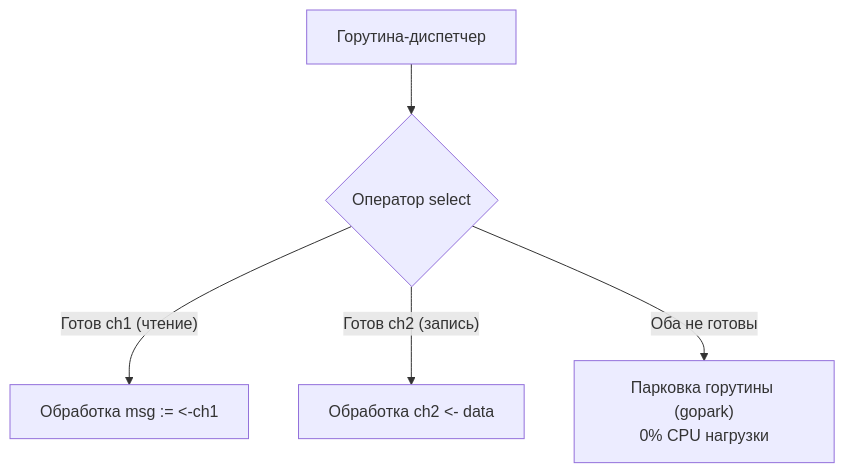
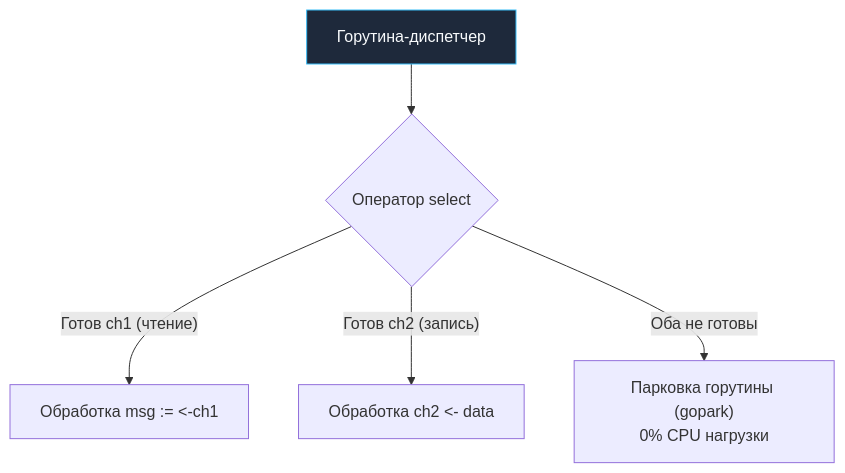
One commit to UnrealTemplier/go-textbook changed the first of 3 diagrams in sources/5. Учебник по Go (Основы и синтаксис)/38. Select. Ожидание нескольких каналов.md. Above: the diagram before and after it, drawn with Mermaid. The commit also changed other lines of this file and 1666 other files, not shown here.

First line of the commit message:
feat(mermaid): add semantic color classDef to 1369 colorless flowchart/graph diagrams

````diff
--- a/sources/5. Учебник по Go (Основы и синтаксис)/38. Select. Ожидание нескольких каналов.md
+++ b/sources/5. Учебник по Go (Основы и синтаксис)/38. Select. Ожидание нескольких каналов.md
@@ -27,7 +27,17 @@
 ```mermaid
 flowchart TD
-    G["Горутина-диспетчер"] --> S{"Оператор select"}
+    classDef process  fill:#1e293b,stroke:#38bdf8,stroke-width:1px,color:#f8fafc
+    classDef success  fill:#064e3b,stroke:#34d399,stroke-width:1px,color:#f8fafc
+    classDef error    fill:#7f1d1d,stroke:#f87171,stroke-width:1px,color:#f8fafc
+    classDef warning  fill:#78350f,stroke:#fbbf24,stroke-width:1px,color:#f8fafc
+    classDef entry    fill:#1e3a5f,stroke:#38bdf8,stroke-width:2px,color:#f8fafc
+    classDef aux      fill:#334155,stroke:#64748b,stroke-width:1px,color:#f8fafc
+    classDef system   fill:#312e81,stroke:#a78bfa,stroke-width:1px,color:#f8fafc
+    classDef data     fill:#132d29,stroke:#2dd4bf,stroke-width:1px,color:#f8fafc
+    classDef network  fill:#881337,stroke:#fb7185,stroke-width:1px,color:#f8fafc
+    classDef accent   fill:#1e1b4b,stroke:#818cf8,stroke-width:1px,color:#f8fafc
+    G["Горутина-диспетчер"]:::process --> S{"Оператор select"}
     S -->|"Готов ch1 (чтение)"| A["Обработка msg := <-ch1"]
     S -->|"Готов ch2 (запись)"| B["Обработка ch2 <- data"]
     S -->|"Оба не готовы"| P["Парковка горутины (gopark)<br>0% CPU нагрузки"]
 ```
````
